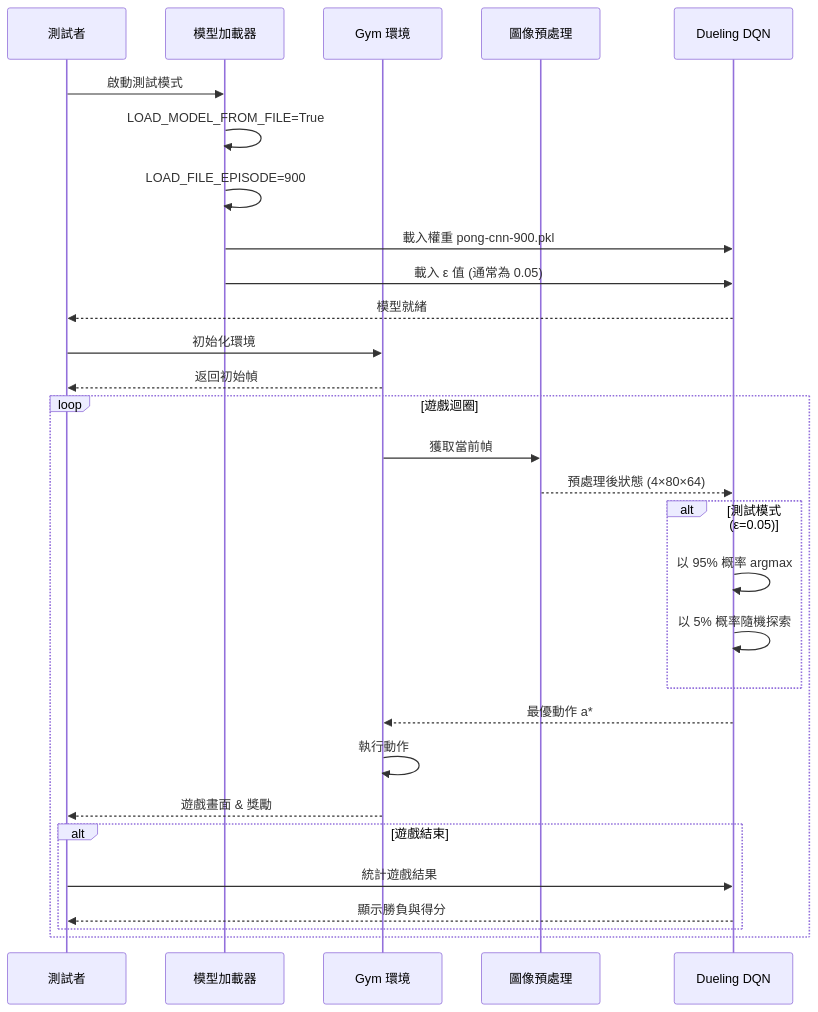
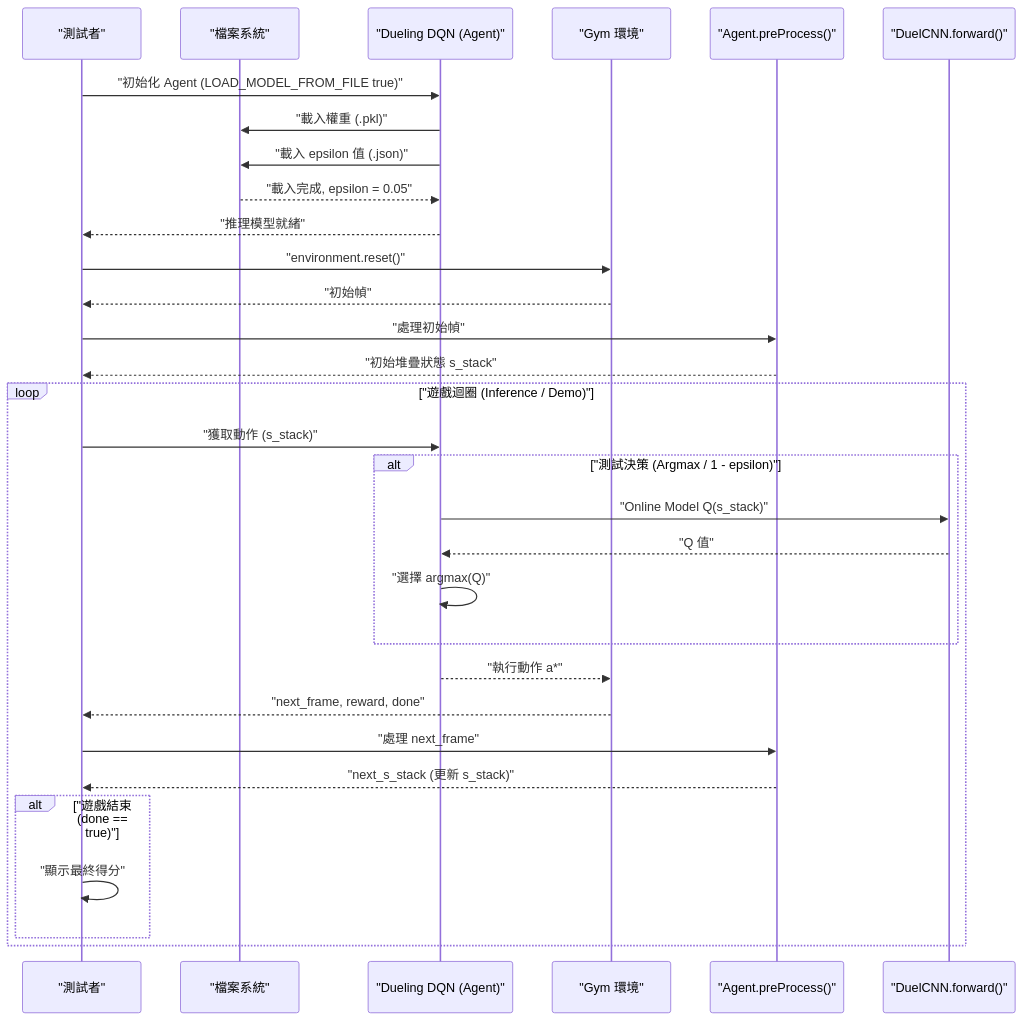
Before and after one commit to C111112104/ML_Game: the seventh of 7 diagrams in doc/ping-pong-ai-project.md, drawn with Mermaid. The commit also changed other lines of this file, not shown here.

````diff
--- a/doc/ping-pong-ai-project.md
+++ b/doc/ping-pong-ai-project.md
@@ -468,37 +452,39 @@
 ```mermaid
 sequenceDiagram
-    participant User as 測試者
-    participant Load as 模型加載器
-    participant Env as Gym 環境
-    participant Pre as 圖像預處理
-    participant DQN as Dueling DQN
+  participant User as "測試者"
+  participant Storage as "檔案系統"
+  participant DQN as "Dueling DQN (Agent)"
+  participant Env as "Gym 環境"
+  participant A_PP as "Agent.preProcess()"
+  participant C_Fwd as "DuelCNN.forward()"
 
-    User->>Load: 啟動測試模式
-    Load->>Load: LOAD_MODEL_FROM_FILE=True
-    Load->>Load: LOAD_FILE_EPISODE=900
-    Load->>DQN: 載入權重 pong-cnn-900.pkl
-    Load->>DQN: 載入 ε 值 (通常為 0.05)
-    DQN-->>User: 模型就緒
+  User->>DQN: "初始化 Agent (LOAD_MODEL_FROM_FILE true)"
+  DQN->>Storage: "載入權重 (.pkl)"
+  DQN->>Storage: "載入 epsilon 值 (.json)"
+  Storage-->>DQN: "載入完成, epsilon = 0.05"
+  DQN-->>User: "推理模型就緒"
 
-    User->>Env: 初始化環境
-    Env-->>User: 返回初始幀
+  User->>Env: "environment.reset()"
+  Env-->>User: "初始幀"
+  User->>A_PP: "處理初始幀"
+  A_PP-->>User: "初始堆疊狀態 s_stack"
 
-    loop 遊戲迴圈
-        Env->>Pre: 獲取當前幀
-        Pre-->>DQN: 預處理後狀態 (4×80×64)
+  loop "遊戲迴圈 (Inference / Demo)"
+    User->>DQN: "獲取動作 (s_stack)"
+    alt "測試決策 (Argmax / 1 - epsilon)"
+      DQN->>C_Fwd: "Online Model Q(s_stack)"
+      C_Fwd-->>DQN: "Q 值"
+      DQN->>DQN: "選擇 argmax(Q)"
+    end
 
-        alt 測試模式 (ε=0.05)
-            DQN->>DQN: 以 95% 概率 argmax
-            DQN->>DQN: 以 5% 概率隨機探索
-        end
+    DQN-->>Env: "執行動作 a*"
+    Env-->>User: "next_frame, reward, done"
 
-        DQN-->>Env: 最優動作 a*
-        Env->>Env: 執行動作
-        Env-->>User: 遊戲畫面 & 獎勵
+    User->>A_PP: "處理 next_frame"
+    A_PP-->>User: "next_s_stack (更新 s_stack)"
 
-        alt 遊戲結束
-            User->>DQN: 統計遊戲結果
-            DQN-->>User: 顯示勝負與得分
-        end
+    alt "遊戲結束 (done == true)"
+      User->>User: "顯示最終得分"
     end
+  end
 ```
````
